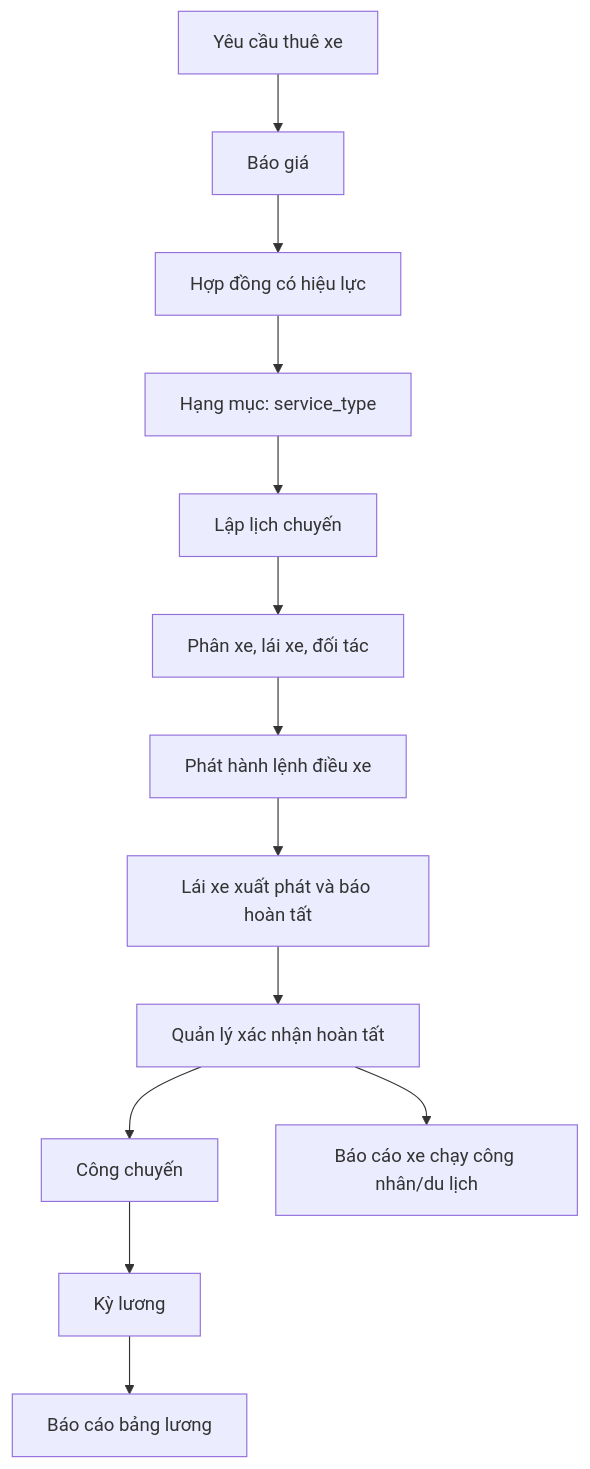
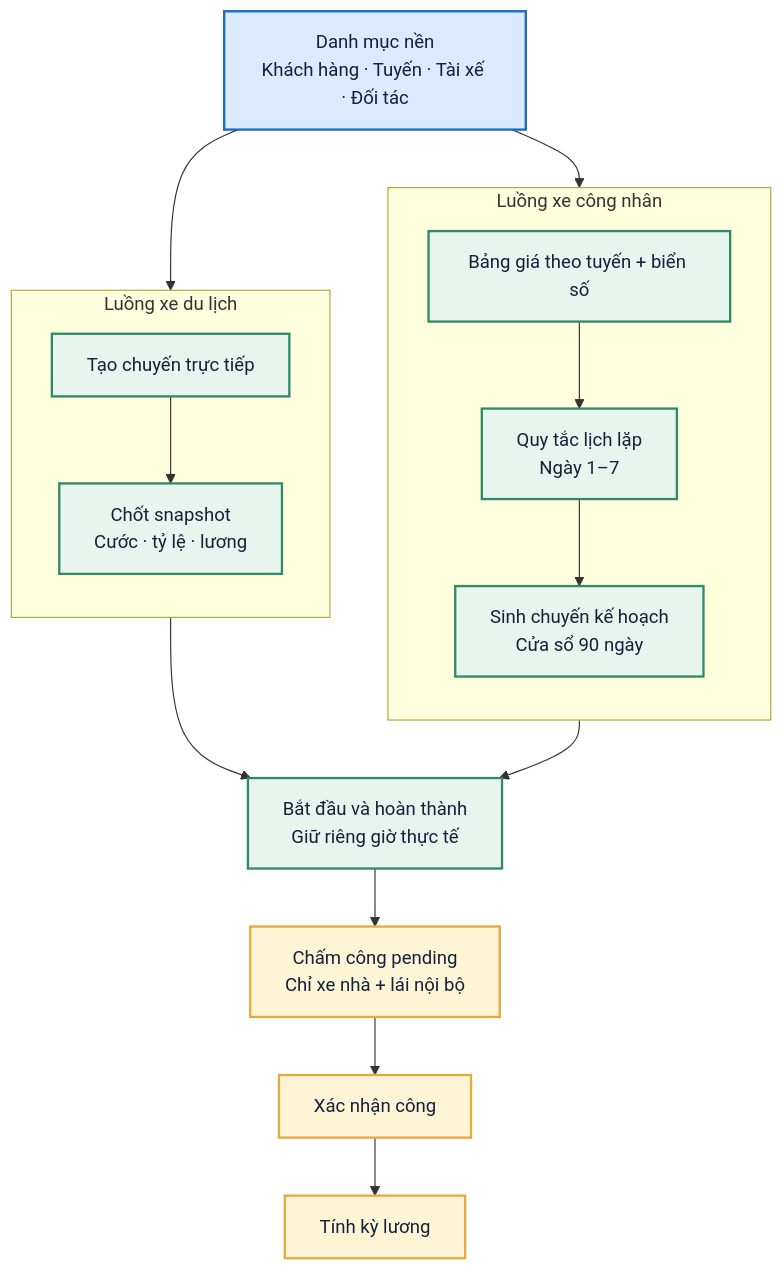
Before and after one commit to hieu92264/HALINHTRAVEL-API: the diagram in docs/training/nguyen-manh-truong-so-tay-tu-hoc.md, drawn with Mermaid. The commit also changed other lines of this file and 27 other files, not shown here.

First line of the commit message:
Add Vehicle API tests and update schema assertions

````diff
--- a/docs/training/nguyen-manh-truong-so-tay-tu-hoc.md
+++ b/docs/training/nguyen-manh-truong-so-tay-tu-hoc.md
@@ -249,15 +46,30 @@
 ```mermaid
-flowchart TD
-    A[Yêu cầu thuê xe] --> B[Báo giá]
-    B --> C[Hợp đồng có hiệu lực]
-    C --> D[Hạng mục: service_type]
-    D --> E[Lập lịch chuyến]
-    E --> F[Phân xe, lái xe, đối tác]
-    F --> G[Phát hành lệnh điều xe]
-    G --> H[Lái xe xuất phát và báo hoàn tất]
-    H --> I[Quản lý xác nhận hoàn tất]
-    I --> J[Công chuyến]
-    J --> K[Kỳ lương]
-    I --> L[Báo cáo xe chạy công nhân/du lịch]
-    K --> M[Báo cáo bảng lương]
+flowchart TB
+  A[Danh mục nền<br/>Khách hàng · Tuyến · Tài xế · Đối tác]
+
+  subgraph CN[Luồng xe công nhân]
+    direction TB
+    B[Bảng giá theo tuyến + biển số] --> C[Quy tắc lịch lặp<br/>Ngày 1–7]
+    C --> D[Sinh chuyến kế hoạch<br/>Cửa sổ 90 ngày]
+  end
+
+  subgraph DL[Luồng xe du lịch]
+    direction TB
+    E[Tạo chuyến trực tiếp] --> F[Chốt snapshot<br/>Cước · tỷ lệ · lương]
+  end
+
+  A --> B
+  A --> E
+  D --> G[Bắt đầu và hoàn thành<br/>Giữ riêng giờ thực tế]
+  F --> G
+  G --> H[Chấm công pending<br/>Chỉ xe nhà + lái nội bộ]
+  H --> I[Xác nhận công]
+  I --> J[Tính kỳ lương]
+
+  classDef source fill:#DBEAFE,stroke:#1769C2,color:#10233B,stroke-width:2px,font-size:16px;
+  classDef process fill:#E8F5EE,stroke:#2F8A68,color:#10233B,stroke-width:2px,font-size:16px;
+  classDef finance fill:#FFF4D6,stroke:#E6A93D,color:#10233B,stroke-width:2px,font-size:16px;
+  class A source;
+  class B,C,D,E,F,G process;
+  class H,I,J finance;
 ```
````
